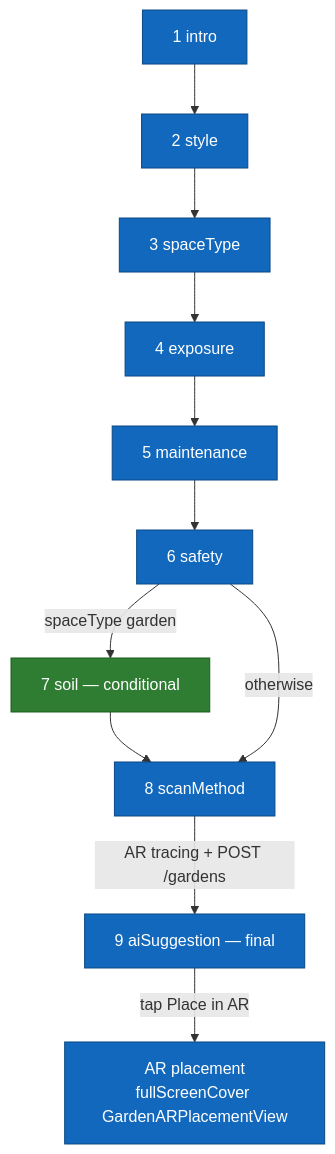
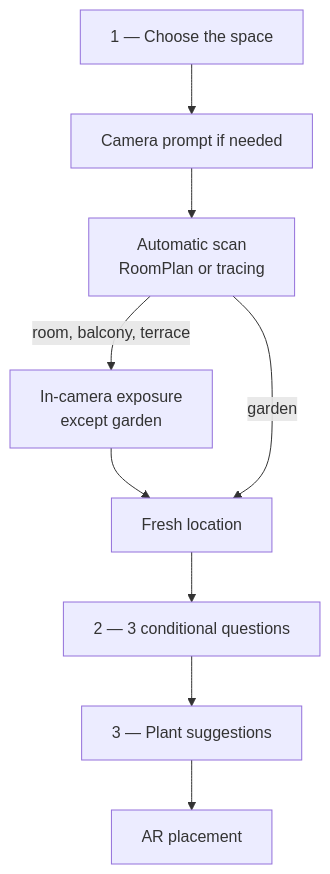
One commit to ArboreTeam/Arbore changed the diagram in docs/en/screens/questionnaire-wizard.md. Above: the diagram before and after it, drawn with Mermaid. The commit also changed other lines of this file and 50 other files, not shown here.

````diff
--- a/docs/en/screens/questionnaire-wizard.md
+++ b/docs/en/screens/questionnaire-wizard.md
@@ -29,25 +22,16 @@
 ```mermaid
 flowchart TB
-    intro[1 intro]
-    style_step[2 style]
-    spaceType[3 spaceType]
-    exposure[4 exposure]
-    maintenance[5 maintenance]
-    safety[6 safety]
-    soil[7 soil — conditional]
-    scan[8 scanMethod]
-    ai[9 aiSuggestion — final]
-    placement[AR placement<br/>fullScreenCover GardenARPlacementView]
+    space["1 — Choose the space"]
+    permission["Camera prompt if needed"]
+    scan["Automatic scan<br/>RoomPlan or tracing"]
+    exposure["In-camera exposure<br/>except garden"]
+    location["Fresh location"]
+    questions["2 — 3 conditional questions"]
+    ai["3 — Plant suggestions"]
+    placement["AR placement"]
 
-    intro --> style_step --> spaceType
-    spaceType --> exposure --> maintenance --> safety
-    safety -->|spaceType garden| soil --> scan
-    safety -->|otherwise| scan
-    scan -->|AR tracing + POST /gardens| ai
-    ai -->|tap Place in AR| placement
-
-    classDef step fill:#1168BD,stroke:#0B4884,color:#fff
-    classDef cond fill:#2E7D32,stroke:#1B5E20,color:#fff
-    class intro,style_step,spaceType,exposure,maintenance,safety,scan,ai,placement step
-    class soil cond
+    space --> permission --> scan
+    scan -->|room, balcony, terrace| exposure --> location
+    scan -->|garden| location
+    location --> questions --> ai --> placement
 ```
````
